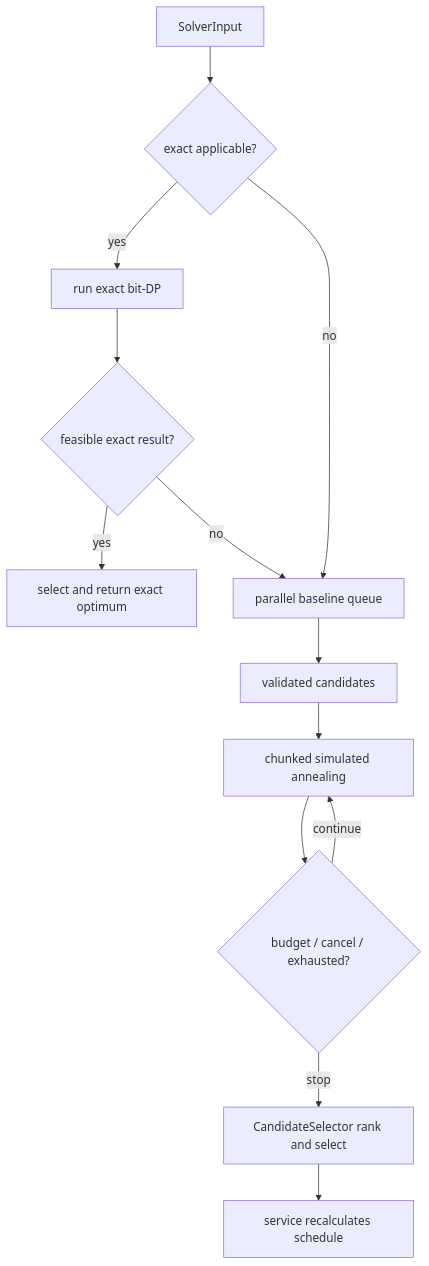
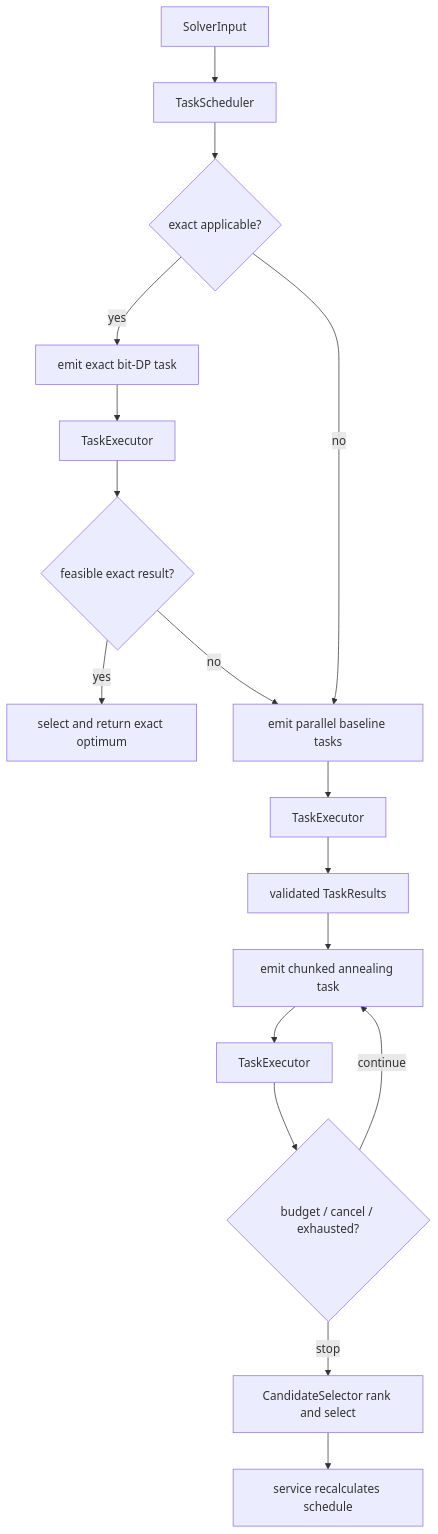
One commit to egod1537/troute changed the diagram in docs/architecture/solver-execution.md. Above: the diagram before and after it, drawn with Mermaid. The commit also changed other lines of this file and 23 other files, not shown here.

Commit message:
refactor: decouple solver tasks and routing setup

````diff
--- a/docs/architecture/solver-execution.md
+++ b/docs/architecture/solver-execution.md
@@ -14,15 +14,19 @@
 ```mermaid
 flowchart TD
-    A[SolverInput] --> B{exact applicable?}
-    B -- yes --> C[run exact bit-DP]
-    C --> D{feasible exact result?}
+    A[SolverInput] --> S[TaskScheduler]
+    S --> B{exact applicable?}
+    B -- yes --> C[emit exact bit-DP task]
+    C --> X1[TaskExecutor]
+    X1 --> D{feasible exact result?}
     D -- yes --> Z[select and return exact optimum]
-    D -- no --> E[parallel baseline queue]
+    D -- no --> E[emit parallel baseline tasks]
     B -- no --> E
-    E --> F[validated candidates]
-    F --> G[chunked simulated annealing]
-    G --> H{budget / cancel / exhausted?}
+    E --> X2[TaskExecutor]
+    X2 --> F[validated TaskResults]
+    F --> G[emit chunked annealing task]
+    G --> X3[TaskExecutor]
+    X3 --> H{budget / cancel / exhausted?}
     H -- continue --> G
     H -- stop --> I[CandidateSelector rank and select]
     I --> J[service recalculates schedule]
 ```
````
